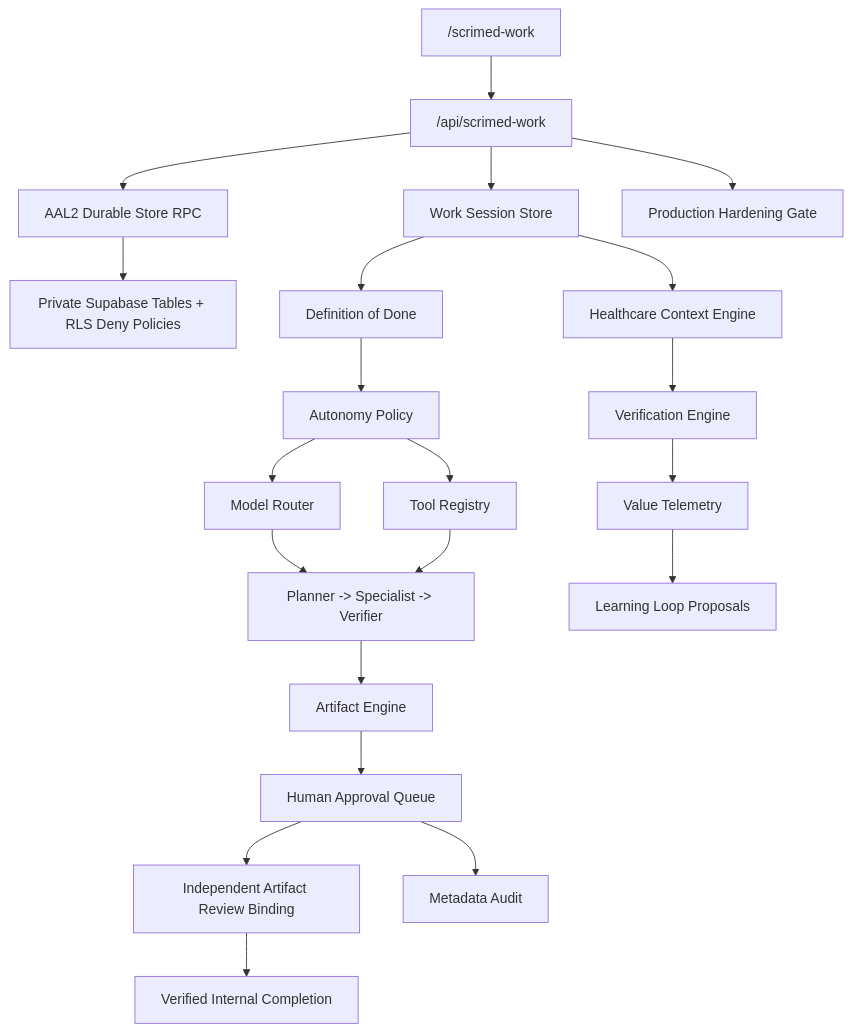
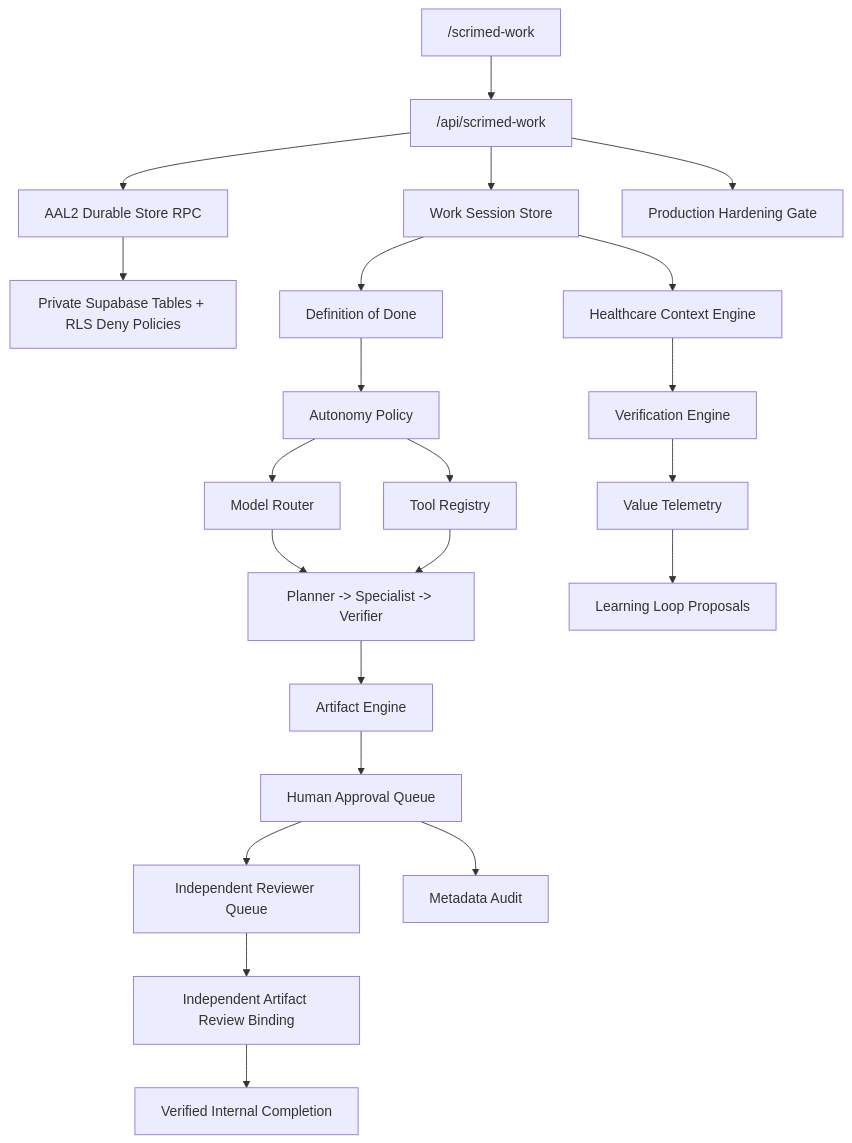
One commit to temitayodahunsi777/scrimed-site changed the diagram in docs/scrimed-work.md. Above: the diagram before and after it, drawn with Mermaid. The commit also changed other lines of this file and 42 other files, not shown here.

````diff
--- a/docs/scrimed-work.md
+++ b/docs/scrimed-work.md
@@ -13,23 +13,24 @@
 ```mermaid
 flowchart TD
   UI["/scrimed-work"] --> API["/api/scrimed-work"]
   API --> Session["Work Session Store"]
   API --> Durable["AAL2 Durable Store RPC"]
   API --> Hardening["Production Hardening Gate"]
   Durable --> RLS["Private Supabase Tables + RLS Deny Policies"]
   Session --> Contract["Definition of Done"]
   Contract --> Policy["Autonomy Policy"]
   Policy --> Router["Model Router"]
   Policy --> Tools["Tool Registry"]
   Session --> Context["Healthcare Context Engine"]
   Context --> Verify["Verification Engine"]
   Router --> Agents["Planner -> Specialist -> Verifier"]
   Tools --> Agents
   Agents --> Artifact["Artifact Engine"]
   Artifact --> Approval["Human Approval Queue"]
-  Approval --> Review["Independent Artifact Review Binding"]
+  Approval --> Queue["Independent Reviewer Queue"]
+  Queue --> Review["Independent Artifact Review Binding"]
   Review --> Complete["Verified Internal Completion"]
   Verify --> Telemetry["Value Telemetry"]
   Approval --> Audit["Metadata Audit"]
   Telemetry --> Learning["Learning Loop Proposals"]
 ```
````
